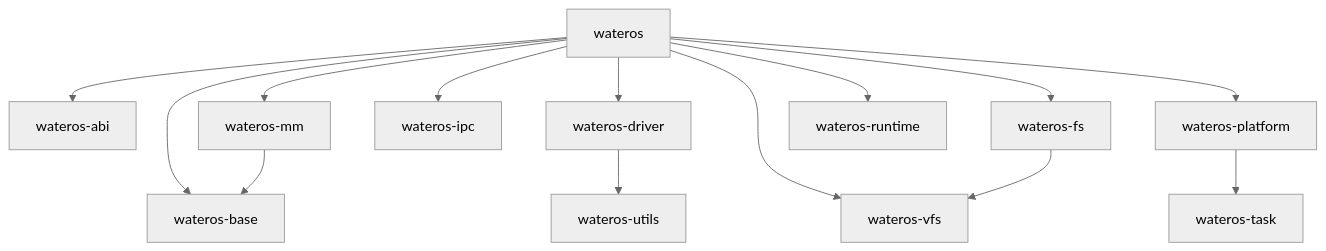
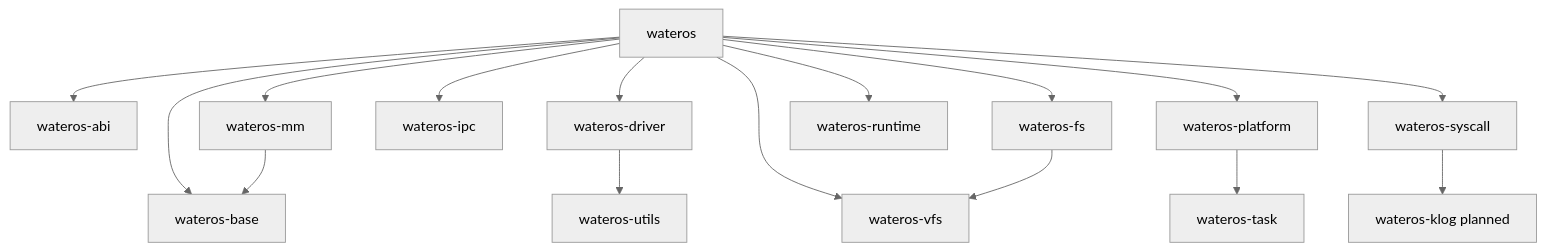
One commit to zhitian111/WaterOS changed the diagram in docs/exports/architecture/components.md. Above: the diagram before and after it, drawn with Mermaid (neutral theme). The commit also changed 12 other files, not shown here.

````diff
--- a/docs/exports/architecture/components.md
+++ b/docs/exports/architecture/components.md
@@ -3,30 +3,34 @@
 ```mermaid
 flowchart TD
     wateros[wateros]
     abi[wateros-abi]
     base[wateros-base]
     driver[wateros-driver]
     fs[wateros-fs]
     ipc[wateros-ipc]
     mm[wateros-mm]
     platform[wateros-platform]
     runtime[wateros-runtime]
+    klog[wateros-klog planned]
+    syscall[wateros-syscall]
     task[wateros-task]
     utils[wateros-utils]
     vfs[wateros-vfs]
 
     wateros --> abi
     wateros --> base
     wateros --> driver
     wateros --> fs
     wateros --> ipc
     wateros --> mm
     wateros --> platform
     wateros --> runtime
+    wateros --> syscall
     wateros --> vfs
+    syscall --> klog
 
     platform --> task
     driver --> utils
     mm --> base
     fs --> vfs
 ```
````
